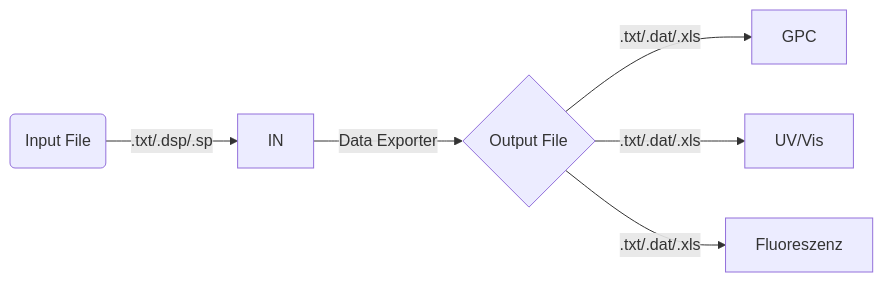
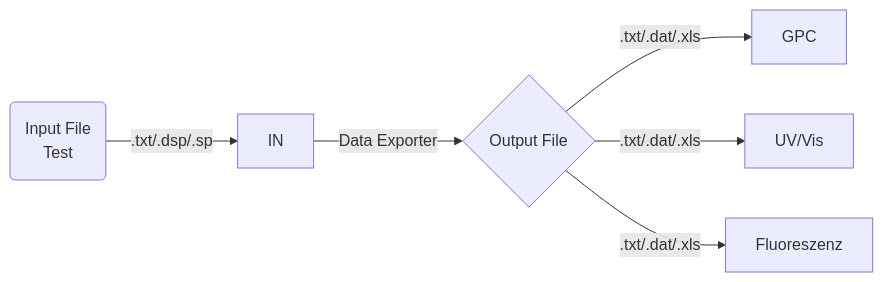
The diagram in README.md (LucasRothe/Expo), drawn with Mermaid before and after one commit.

Commit message:
Test Linebrake

````diff
--- a/README.md
+++ b/README.md
@@ -89,8 +89,8 @@
 ```mermaid
 graph LR;
-    A(Input File)-->|.txt/.dsp/.sp| B[IN];
+    A(Input File<br>Test)-->|.txt/.dsp/.sp| B[IN];
     B-->|Data Exporter| C{Output File};
     C-->|.txt/.dat/.xls| D[GPC];
     C-->|.txt/.dat/.xls|E[UV/Vis];
     C-->|.txt/.dat/.xls|F[Fluoreszenz];
 ```
````
